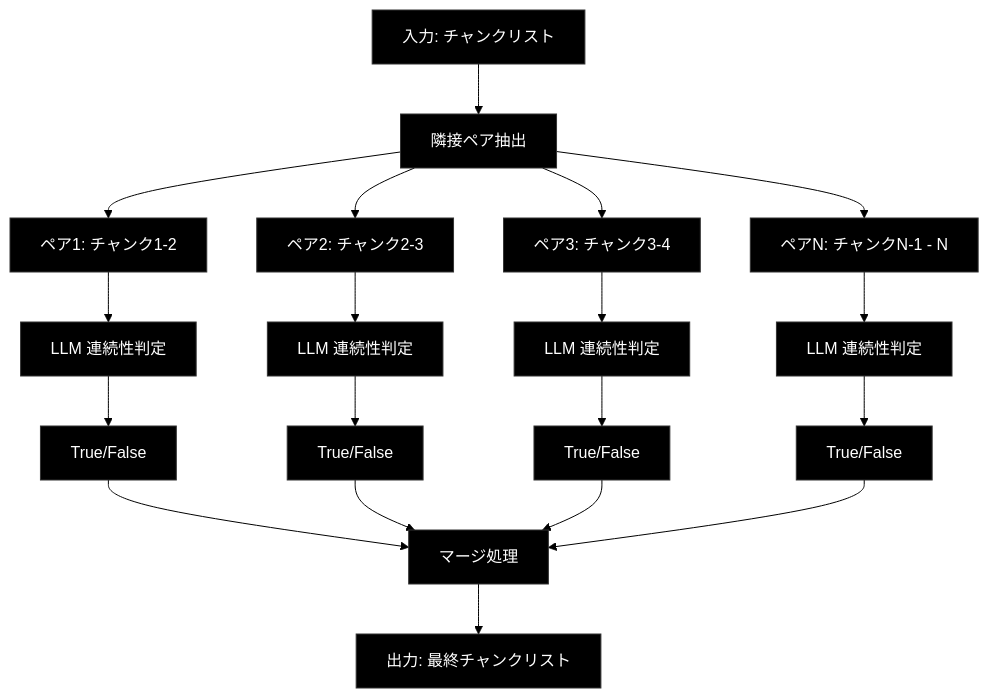
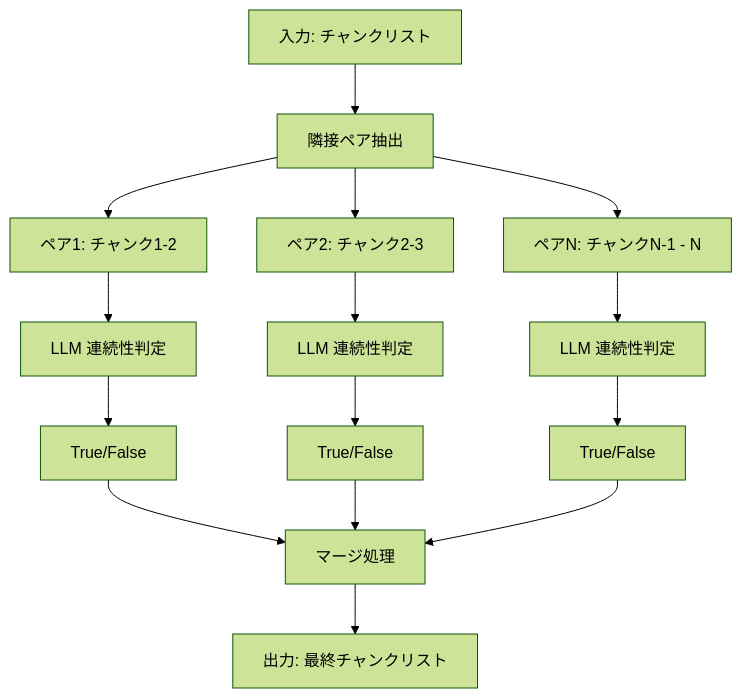
The second of 2 diagrams in chunking/doc/step3.md (nakashima2toshio/gemini_grace_agent), drawn with Mermaid (forest theme) before and after one commit. The commit also changed other lines of this file and 26 other files, not shown here.

````diff
--- a/chunking/doc/step3.md
+++ b/chunking/doc/step3.md
@@ -76,43 +55,22 @@
 ```mermaid
 graph TD
     A[入力: チャンクリスト] --> B[隣接ペア抽出]
 
-    B --> C["ペア1: チャンク1-2"]
-    B --> D["ペア2: チャンク2-3"]
-    B --> E["ペア3: チャンク3-4"]
-    B --> F["ペアN: チャンクN-1 - N"]
+    B --> C[ペア1: チャンク1-2]
+    B --> D[ペア2: チャンク2-3]
+    B --> E[ペアN: チャンクN-1 - N]
 
-    C --> G[LLM 連続性判定]
-    D --> H[LLM 連続性判定]
-    E --> I[LLM 連続性判定]
-    F --> J[LLM 連続性判定]
+    C --> F[LLM 連続性判定]
+    D --> G[LLM 連続性判定]
+    E --> H[LLM 連続性判定]
 
-    G --> K["True/False"]
-    H --> L["True/False"]
-    I --> M["True/False"]
-    J --> N["True/False"]
+    F --> I[True/False]
+    G --> J[True/False]
+    H --> K[True/False]
 
-    K --> O[マージ処理]
-    L --> O
-    M --> O
-    N --> O
+    I --> L[マージ処理]
+    J --> L
+    K --> L
 
-    O --> P[出力: 最終チャンクリスト]
-
-    style A fill:#000000,stroke:#333333,color:#ffffff
-    style B fill:#000000,stroke:#333333,color:#ffffff
-    style C fill:#000000,stroke:#333333,color:#ffffff
-    style D fill:#000000,stroke:#333333,color:#ffffff
-    style E fill:#000000,stroke:#333333,color:#ffffff
-    style F fill:#000000,stroke:#333333,color:#ffffff
-    style G fill:#000000,stroke:#333333,color:#ffffff
-    style H fill:#000000,stroke:#333333,color:#ffffff
-    style I fill:#000000,stroke:#333333,color:#ffffff
-    style J fill:#000000,stroke:#333333,color:#ffffff
-    style K fill:#000000,stroke:#333333,color:#ffffff
-    style L fill:#000000,stroke:#333333,color:#ffffff
-    style M fill:#000000,stroke:#333333,color:#ffffff
-    style N fill:#000000,stroke:#333333,color:#ffffff
-    style O fill:#000000,stroke:#333333,color:#ffffff
-    style P fill:#000000,stroke:#333333,color:#ffffff
+    L --> M[出力: 最終チャンクリスト]
 ```
````
